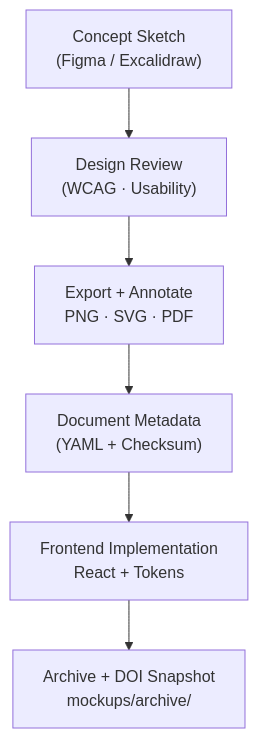
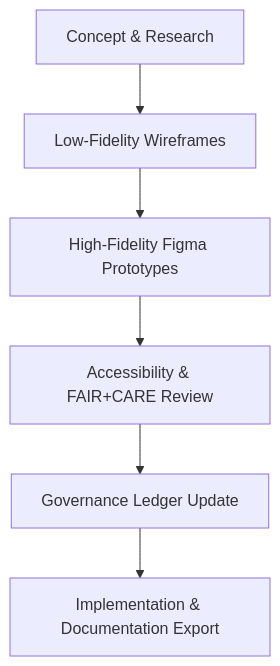
The diagram in docs/design/mockups/README.md (bartytime4life/Kansas-Frontier-Matrix), drawn with Mermaid before and after one commit. The commit also changed other lines of this file, not shown here.

First line of the commit message:
Revise README for KFM design mockups versioning and standards

````diff
--- a/docs/design/mockups/README.md
+++ b/docs/design/mockups/README.md
@@ -117,8 +86,8 @@
 ```mermaid
 flowchart TD
-  A["Concept Sketch\n(Figma / Excalidraw)"] --> B["Design Review\n(WCAG · Usability)"]
-  B --> C["Export + Annotate\nPNG · SVG · PDF"]
-  C --> D["Document Metadata\n(YAML + Checksum)"]
-  D --> E["Frontend Implementation\nReact + Tokens"]
-  E --> F["Archive + DOI Snapshot\nmockups/archive/"]
+  A["Concept & Research"] --> B["Low-Fidelity Wireframes"]
+  B --> C["High-Fidelity Figma Prototypes"]
+  C --> D["Accessibility & FAIR+CARE Review"]
+  D --> E["Governance Ledger Update"]
+  E --> F["Implementation & Documentation Export"]
 ```
````
